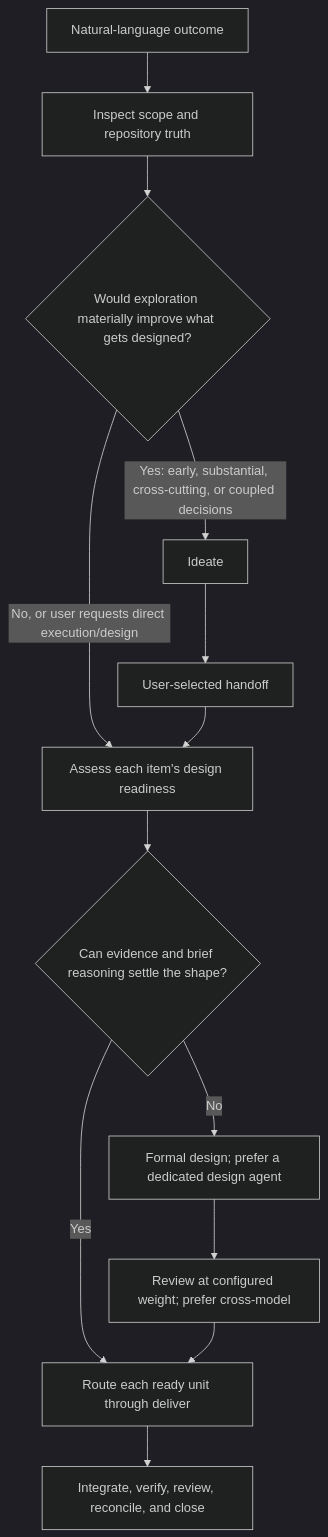
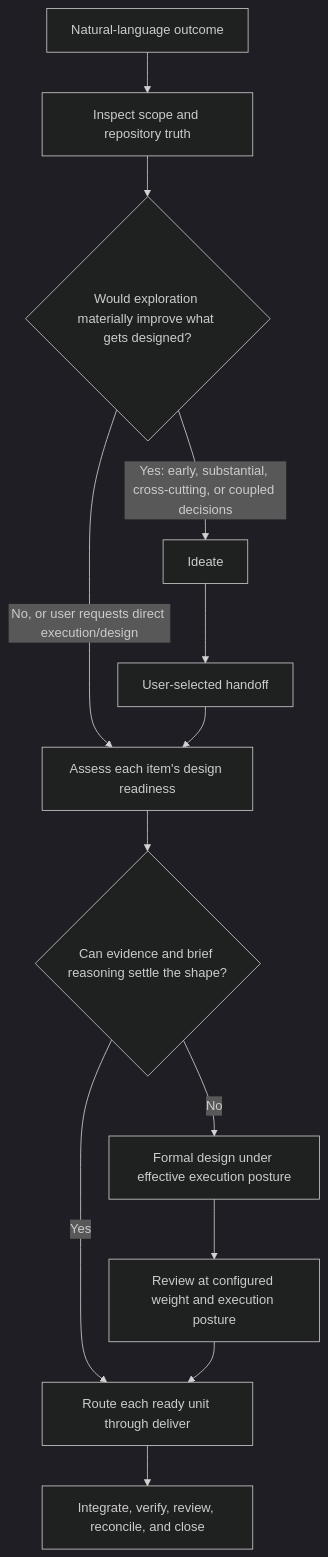
Before and after one commit to nklisch/skills: the diagram in plugins/workbench/skills/work/SKILL.md, drawn with Mermaid (dark theme). The commit also changed other lines of this file and 18 other files, not shown here.

Commit message:
Add configurable Workbench execution posture

````diff
--- a/plugins/workbench/skills/work/SKILL.md
+++ b/plugins/workbench/skills/work/SKILL.md
@@ -44,15 +44,15 @@
 ```mermaid
 flowchart TD
     A["Natural-language outcome"] --> B["Inspect scope and repository truth"]
     B --> C{"Would exploration materially improve what gets designed?"}
     C -- "Yes: early, substantial, cross-cutting, or coupled decisions" --> D["Ideate"]
     D --> E["User-selected handoff"]
     C -- "No, or user requests direct execution/design" --> F["Assess each item's design readiness"]
     E --> F
     F --> G{"Can evidence and brief reasoning settle the shape?"}
     G -- "Yes" --> H["Route each ready unit through deliver"]
-    G -- "No" --> I["Formal design; prefer a dedicated design agent"]
-    I --> J["Review at configured weight; prefer cross-model"]
+    G -- "No" --> I["Formal design under effective execution posture"]
+    I --> J["Review at configured weight and execution posture"]
     J --> H
     H --> K["Integrate, verify, review, reconcile, and close"]
 ```
````
